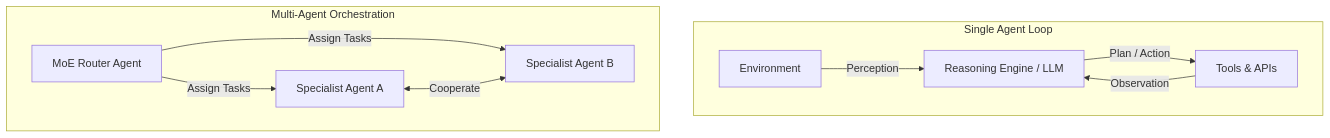
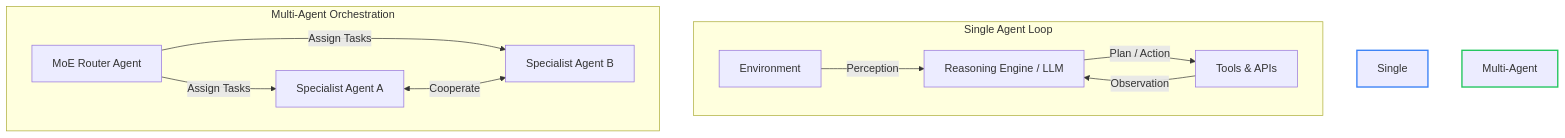
Before and after one commit to bilgenurpala/ai4future: the diagram in docs/02-agentic-systems/README.md, drawn with Mermaid. The commit also changed other lines of this file and 15 other files, not shown here.

````diff
--- a/docs/02-agentic-systems/README.md
+++ b/docs/02-agentic-systems/README.md
@@ -44,13 +74,16 @@
 ```mermaid
 graph TD
     subgraph Single Agent Loop
         Env[Environment] -->|Perception| Agent[Reasoning Engine / LLM]
         Agent -->|Plan / Action| Tool[Tools & APIs]
         Tool -->|Observation| Agent
     end
     subgraph Multi-Agent Orchestration
         Router[MoE Router Agent] -->|Assign Tasks| SpecialA[Specialist Agent A]
         Router -->|Assign Tasks| SpecialB[Specialist Agent B]
         SpecialA <-->|Cooperate| SpecialB
     end
+
+    style Single Agent Loop fill:#181824,stroke:#3b82f6,stroke-width:2px;
+    style Multi-Agent Orchestration fill:#142217,stroke:#22c55e,stroke-width:2px;
 ```
````
